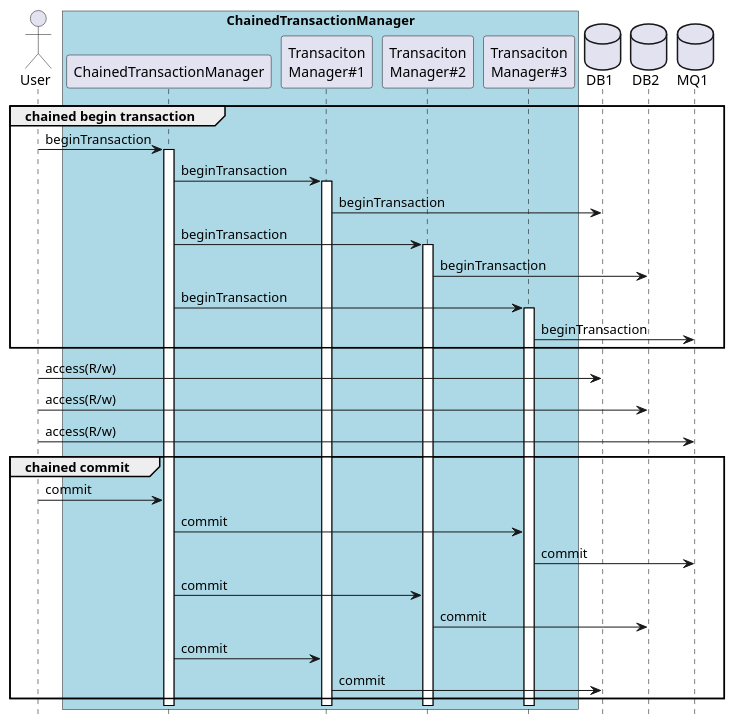
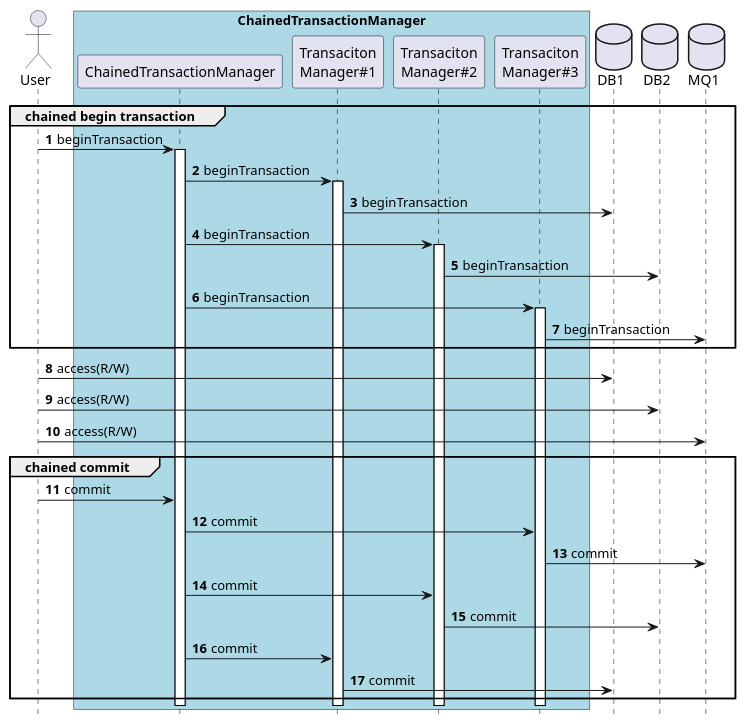
The diagram in src/main/asciidoc/images/ch05/transaction/Ch05_transaction_Best_Efforts_1PC.pu (Macchinetta/batch-guideline), drawn with PlantUML before and after one commit. The commit also changed 110 other files, not shown here.

```diff
--- a/src/main/asciidoc/images/ch05/transaction/Ch05_transaction_Best_Efforts_1PC.pu
+++ b/src/main/asciidoc/images/ch05/transaction/Ch05_transaction_Best_Efforts_1PC.pu
@@ -1,87 +1,89 @@
 @startuml
 
 hide footbox
+autonumber
 
 actor User
 box "ChainedTransactionManager" #lightblue
 participant ChainedTransactionManager
 participant "Transaciton\nManager#1" as TM1
 participant "Transaciton\nManager#2" as TM2
 participant "Transaciton\nManager#3" as TM3
 end box
 database "DB1" as db1
 database "DB2" as db2
 database "MQ1" as mq1
 
 group chained begin transaction
 User -> ChainedTransactionManager : beginTransaction
 activate ChainedTransactionManager
 
 ChainedTransactionManager -> TM1 : beginTransaction
 activate TM1
 TM1 -> db1 : beginTransaction
 
 ChainedTransactionManager -> TM2 : beginTransaction
 activate TM2
 TM2 -> db2 : beginTransaction
 
 ChainedTransactionManager -> TM3 : beginTransaction
 activate TM3
 TM3 -> mq1 : beginTransaction
 end
 
-User -> db1 : access(R/w)
-User -> db2 : access(R/w)
-User -> mq1 : access(R/w)
+User -> db1 : access(R/W)
+User -> db2 : access(R/W)
+User -> mq1 : access(R/W)
 
 group chained commit
 User -> ChainedTransactionManager : commit
+
 ChainedTransactionManager -> TM3 : commit
 TM3 -> mq1 : commit
 
 ChainedTransactionManager -> TM2 : commit
 TM2 -> db2 : commit
 
 ChainedTransactionManager -> TM1 : commit
 TM1 -> db1 : commit
 end
 
 deactivate TM1
 deactivate TM2
 deactivate TM3
 
 deactivate ChainedTransactionManager
 
 'Set styles such as format and color of each figure
 skinparam Note {
   BackgroundColor #b1f8fa
   BorderColor black
 }
 
 skinparam Class {
   BorderColor black
   ArrowColor black
 }
 
 skinparam Sequence {
   BorderColor black
   ActorBorderColor black
   ArrowColor black
   LifeLineBorderColor black
   BoxLineColor black
   ParticipantBorderColor black
 }
 
 skinparam componentStyle uml2
 
 skinparam Component {
   BorderColor black
   ArrowColor black
 }
 
 skinparam Interface {
   BorderColor black
   ArrowColor black
 }
 
 @enduml
```
